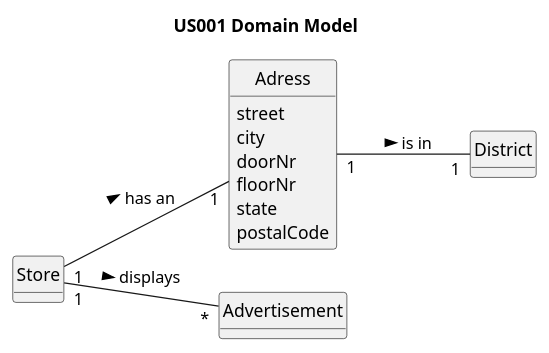
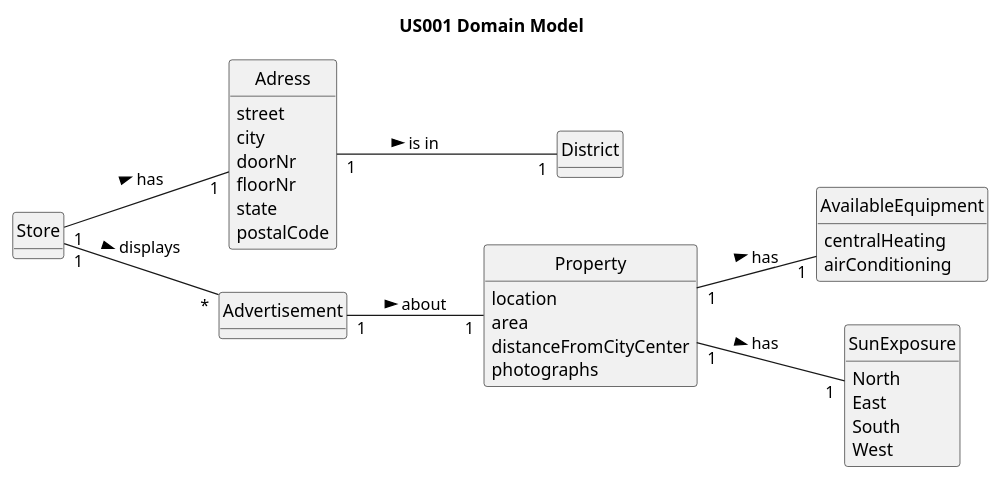
Before and after one commit to 1220812/LAPR2: the diagram in docs/sprintB/us001/02.analysis/puml/us001-domain-model.puml, drawn with PlantUML. The commit also changed 2 other files, not shown here.

```diff
--- a/docs/sprintB/us001/02.analysis/puml/us001-domain-model.puml
+++ b/docs/sprintB/us001/02.analysis/puml/us001-domain-model.puml
@@ -1,34 +1,56 @@
 @startuml
 skinparam monochrome true
 skinparam packageStyle rectangle
 skinparam shadowing false
 
 left to right direction
 
 hide circle
 hide methods
 
 title US001 Domain Model
 
 class Adress{
 street
 city
 doorNr
 floorNr
 state
 postalCode
 }
 
 class District {
 }
 
 class Advertisement {
 }
 
-class Store{
+class Store {
+}
+
+class Property {
+location
+area
+distanceFromCityCenter
+photographs
+}
+
+class AvailableEquipment {
+centralHeating
+airConditioning
+}
+
+class SunExposure {
+North
+East
+South
+West
 }
 
 Store "1"-- "*" Advertisement : displays >
-Store "1" -- "1" Adress : has an >
+Store "1" -- "1" Adress : has >
 Adress "1" -- "1" District : is in >
+Advertisement "1" -- "1" Property : about >
+Property "1" -- "1" AvailableEquipment : has >
+Property "1" -- "1" SunExposure : has >
 @enduml
```
